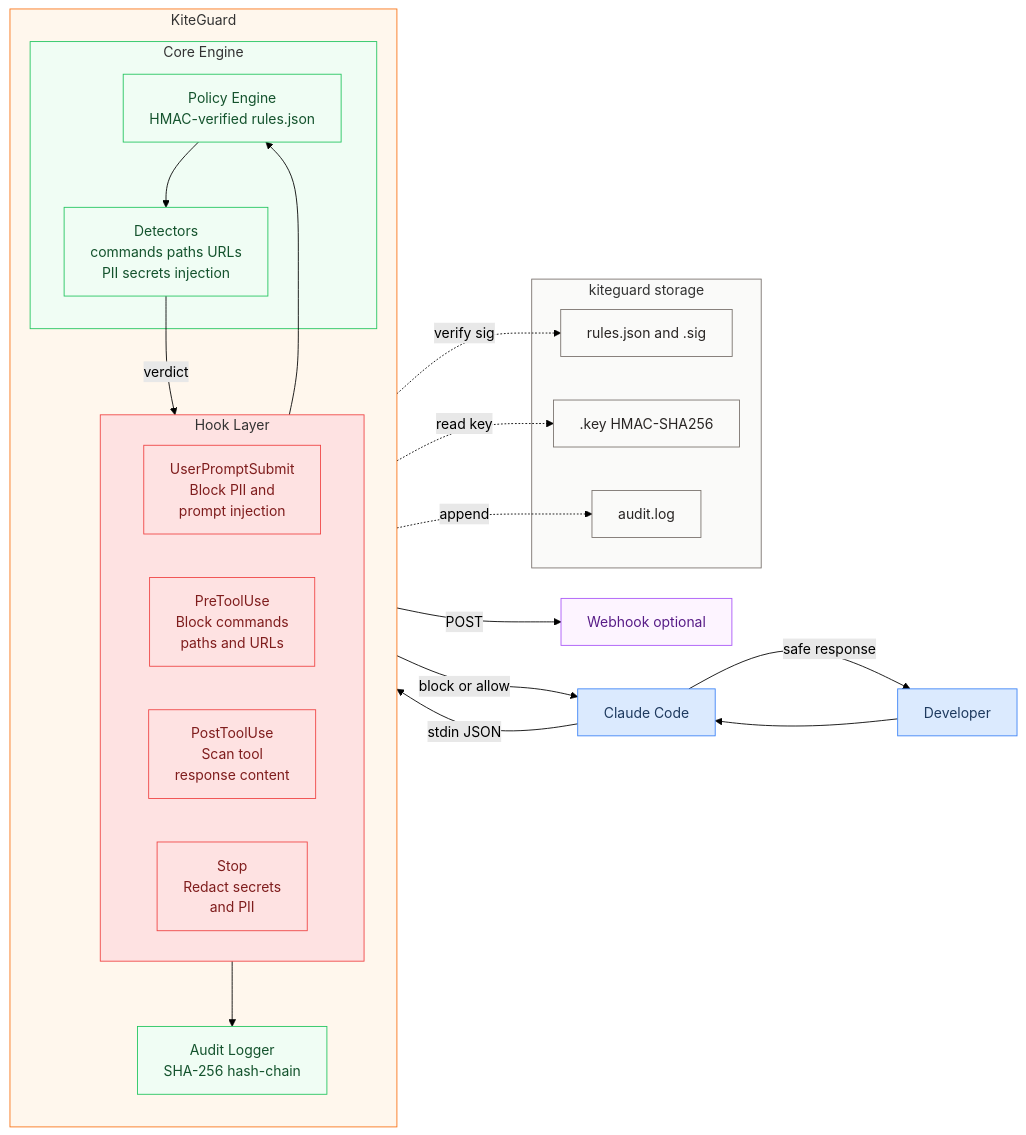
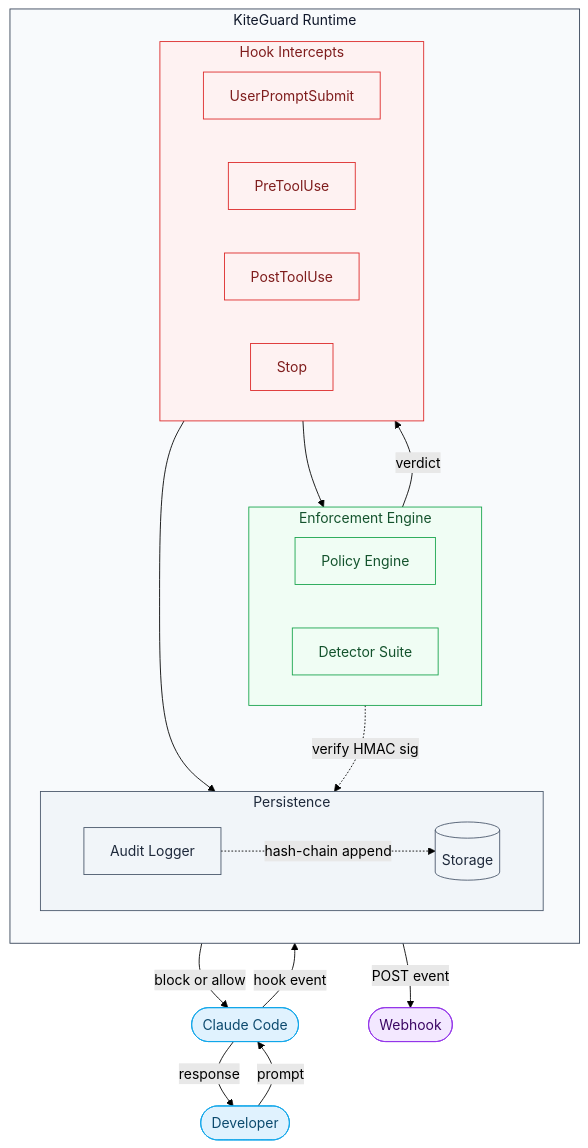
One commit to DhivakaranRavi/kiteguard changed the diagram in README.md. Above: the diagram before and after it, drawn with Mermaid (forest theme).

Commit message:
docs: redesign architecture diagram - clean layout, no icons

````diff
--- a/README.md
+++ b/README.md
@@ -54,62 +54,61 @@
 ```mermaid
-graph LR
-    DEV[Developer]
-    CC[Claude Code]
+graph TD
+    DEV([Developer])
+    CC([Claude Code])
 
-    subgraph KG[KiteGuard]
+    DEV -->|prompt| CC
+    CC  -->|hook event| KG
+    KG  -->|block or allow| CC
+    CC  -->|response| DEV
+
+    subgraph KG[KiteGuard Runtime]
         direction TB
 
-        subgraph HL[Hook Layer]
-            H1[UserPromptSubmit\nBlock PII and\nprompt injection]
-            H2[PreToolUse\nBlock commands\npaths and URLs]
-            H3[PostToolUse\nScan tool\nresponse content]
-            H4[Stop\nRedact secrets\nand PII]
+        subgraph HOOKS[Hook Intercepts]
+            direction LR
+            H1[UserPromptSubmit]
+            H2[PreToolUse]
+            H3[PostToolUse]
+            H4[Stop]
         end
 
-        subgraph CE[Core Engine]
-            PE[Policy Engine\nHMAC-verified rules.json]
-            DET[Detectors\ncommands paths URLs\nPII secrets injection]
+        subgraph ENGINE[Enforcement Engine]
+            direction LR
+            PE[Policy Engine]
+            DET[Detector Suite]
         end
 
-        LOG[Audit Logger\nSHA-256 hash-chain]
+        subgraph PERSIST[Persistence]
+            direction LR
+            LOG[Audit Logger]
+            STORE[(Storage)]
+        end
+
+        HOOKS --> ENGINE
+        ENGINE -->|verdict| HOOKS
+        HOOKS --> LOG
+        PE -.->|verify HMAC sig| STORE
+        LOG -.->|hash-chain append| STORE
     end
 
-    subgraph FS[kiteguard storage]
-        RF[rules.json and .sig]
-        AK[.key HMAC-SHA256]
-        AL[audit.log]
-    end
+    LOG -->|POST event| WH([Webhook])
 
-    WH[Webhook optional]
+    style DEV  fill:#e0f2fe,stroke:#0ea5e9,color:#0c4a6e
+    style CC   fill:#e0f2fe,stroke:#0ea5e9,color:#0c4a6e
+    style WH   fill:#f3e8ff,stroke:#9333ea,color:#3b0764
 
-    DEV  --> CC
-    CC   -->|stdin JSON| HL
-    HL   --> PE
-    PE   --> DET
-    DET  -->|verdict| HL
-    HL   -->|block or allow| CC
-    CC   -->|safe response| DEV
-    HL   --> LOG
-    PE   -.->|verify sig| RF
-    PE   -.->|read key| AK
-    LOG  -.->|append| AL
-    LOG  -->|POST| WH
+    style KG    fill:#f8fafc,stroke:#334155,color:#0f172a
+    style HOOKS fill:#fef2f2,stroke:#dc2626,color:#7f1d1d
+    style H1    fill:#fef2f2,stroke:#dc2626,color:#7f1d1d
+    style H2    fill:#fef2f2,stroke:#dc2626,color:#7f1d1d
+    style H3    fill:#fef2f2,stroke:#dc2626,color:#7f1d1d
+    style H4    fill:#fef2f2,stroke:#dc2626,color:#7f1d1d
 
-    style DEV fill:#dbeafe,stroke:#3b82f6,color:#1e3a5f
-    style CC  fill:#dbeafe,stroke:#3b82f6,color:#1e3a5f
-    style KG  fill:#fff7ed,stroke:#f97316
-    style HL  fill:#fee2e2,stroke:#ef4444
-    style H1  fill:#fee2e2,stroke:#ef4444,color:#7f1d1d
-    style H2  fill:#fee2e2,stroke:#ef4444,color:#7f1d1d
-    style H3  fill:#fee2e2,stroke:#ef4444,color:#7f1d1d
-    style H4  fill:#fee2e2,stroke:#ef4444,color:#7f1d1d
-    style CE  fill:#f0fdf4,stroke:#22c55e
-    style PE  fill:#f0fdf4,stroke:#22c55e,color:#14532d
-    style DET fill:#f0fdf4,stroke:#22c55e,color:#14532d
-    style LOG fill:#f0fdf4,stroke:#22c55e,color:#14532d
-    style FS  fill:#fafaf9,stroke:#78716c
-    style RF  fill:#fafaf9,stroke:#78716c,color:#292524
-    style AK  fill:#fafaf9,stroke:#78716c,color:#292524
-    style AL  fill:#fafaf9,stroke:#78716c,color:#292524
-    style WH  fill:#fdf4ff,stroke:#a855f7,color:#581c87
+    style ENGINE fill:#f0fdf4,stroke:#16a34a,color:#14532d
+    style PE     fill:#f0fdf4,stroke:#16a34a,color:#14532d
+    style DET    fill:#f0fdf4,stroke:#16a34a,color:#14532d
+
+    style PERSIST fill:#f1f5f9,stroke:#475569,color:#1e293b
+    style LOG     fill:#f1f5f9,stroke:#475569,color:#1e293b
+    style STORE   fill:#f1f5f9,stroke:#475569,color:#1e293b
 ```
````
